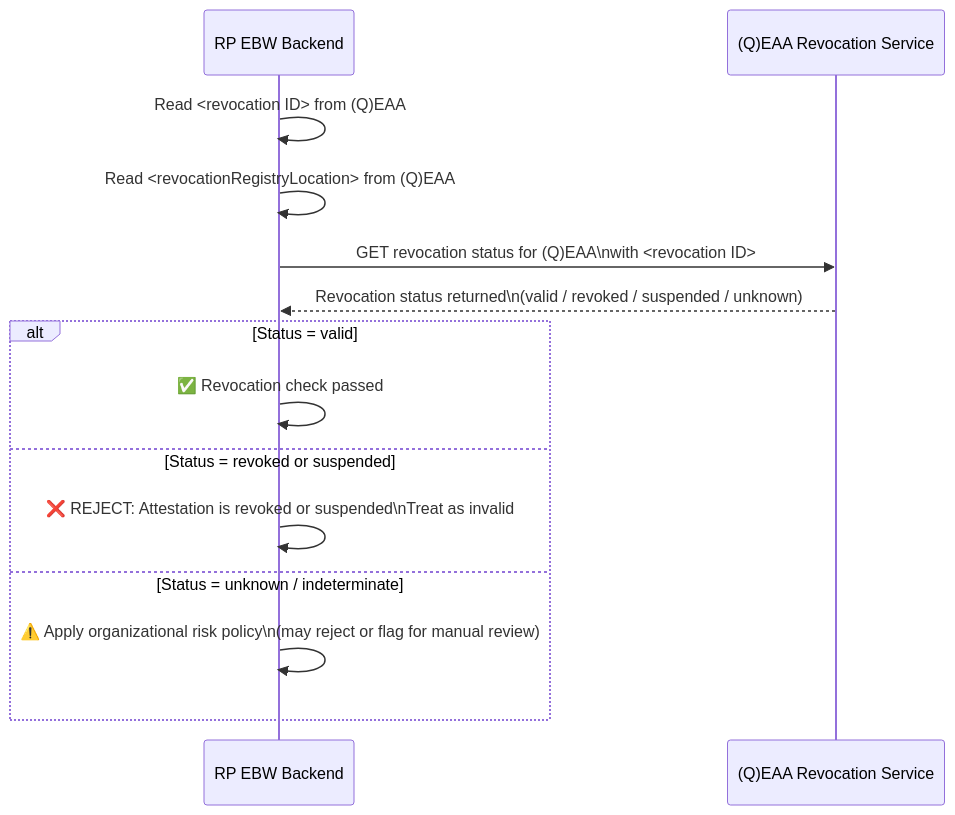
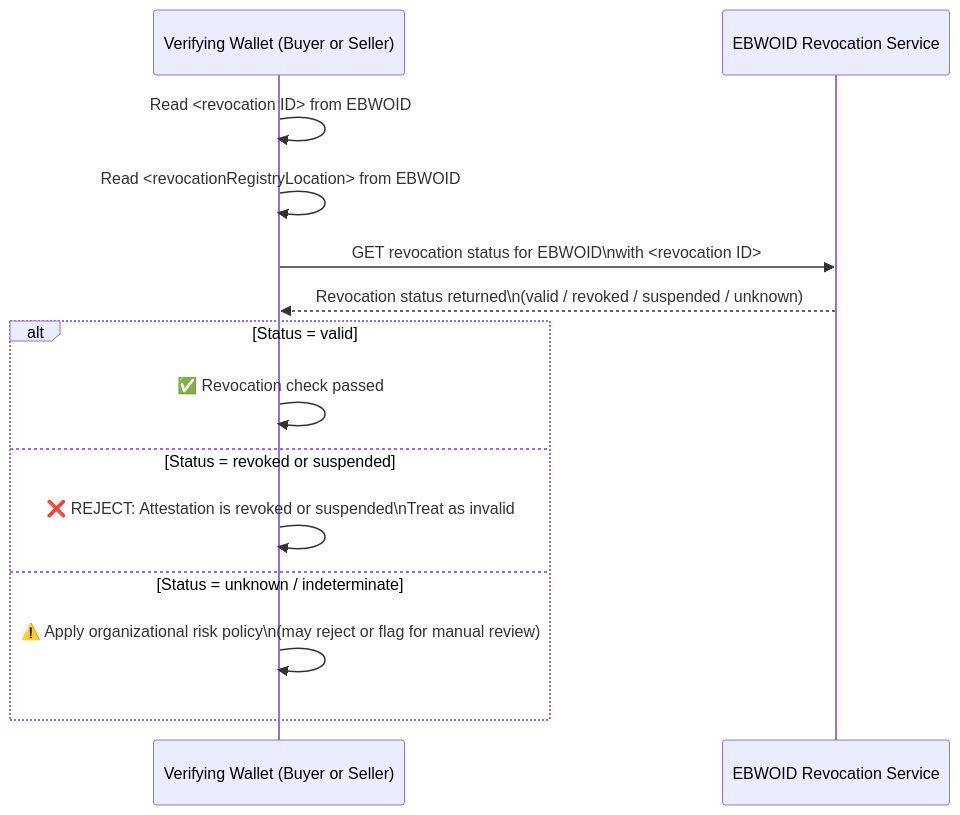
One commit to webuild-consortium/webuild-attestation-rulebooks-catalog changed the fifth of 7 diagrams in rulebooks/rb-base/verifier-base-verification.md. Above: the diagram before and after it, drawn with Mermaid. The commit also changed other lines of this file and 3 other files, not shown here.

````diff
--- a/rulebooks/rb-base/verifier-base-verification.md
+++ b/rulebooks/rb-base/verifier-base-verification.md
@@ -305,17 +233,16 @@
 ```mermaid
     sequenceDiagram
-    participant W as RP EBW Backend
-    participant RS as (Q)EAA Revocation Service
-    W->>W: Read <revocation ID> from (Q)EAA
-    W->>W: Read <revocationRegistryLocation> from (Q)EAA
-    W->>RS: GET revocation status for (Q)EAA\nwith <revocation ID>
+    participant W as Verifying Wallet (Buyer or Seller)
+    participant RS as EBWOID Revocation Service
+    W->>W: Read <revocation ID> from EBWOID
+    W->>W: Read <revocationRegistryLocation> from EBWOID
+    W->>RS: GET revocation status for EBWOID\nwith <revocation ID>
     RS-->>W: Revocation status returned\n(valid / revoked / suspended / unknown)
     alt Status = valid
         W->>W: ✅ Revocation check passed
     else Status = revoked or suspended
         W->>W: ❌ REJECT: Attestation is revoked or suspended\nTreat as invalid
     else Status = unknown / indeterminate
         W->>W: ⚠️ Apply organizational risk policy\n(may reject or flag for manual review)
-
     end
 ```
````
